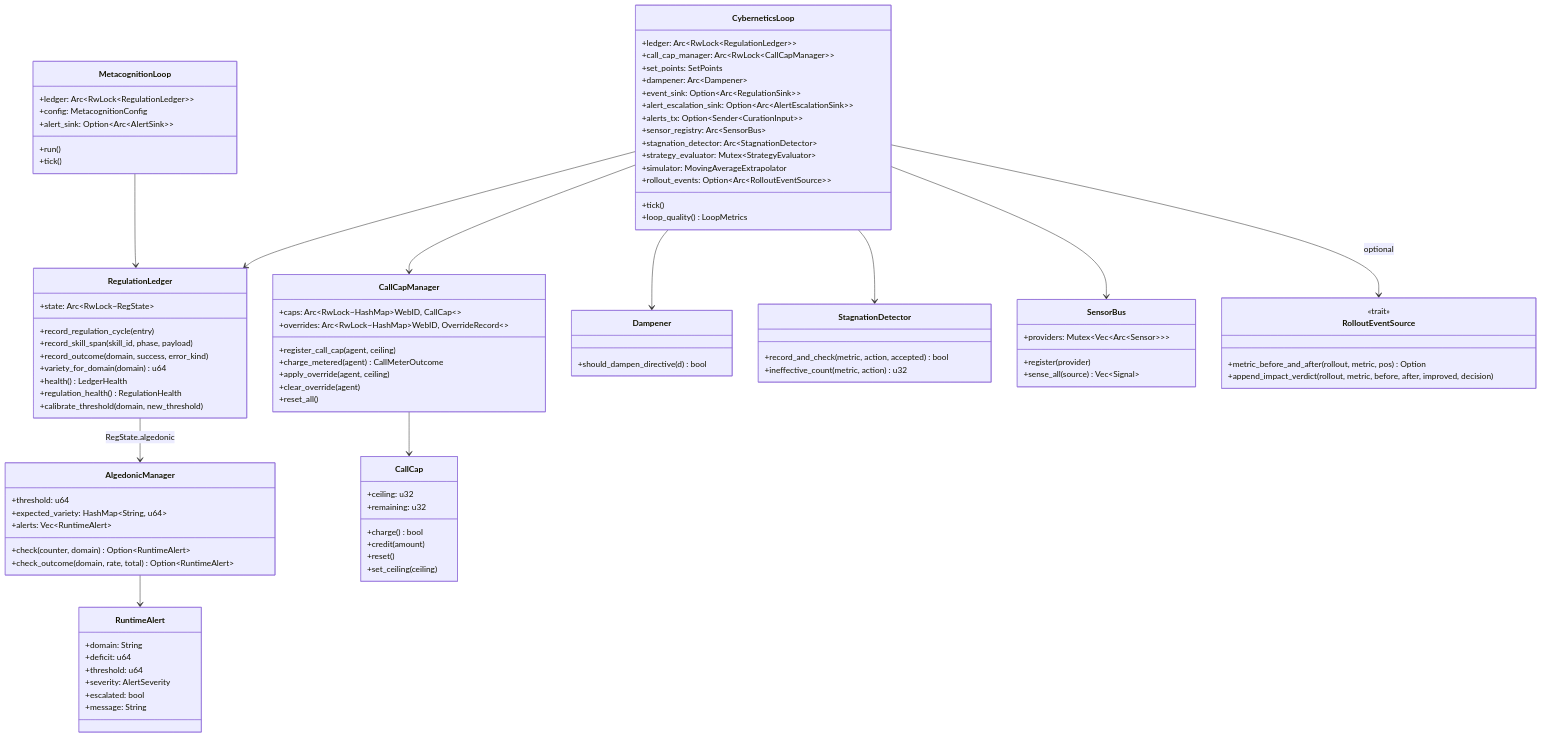
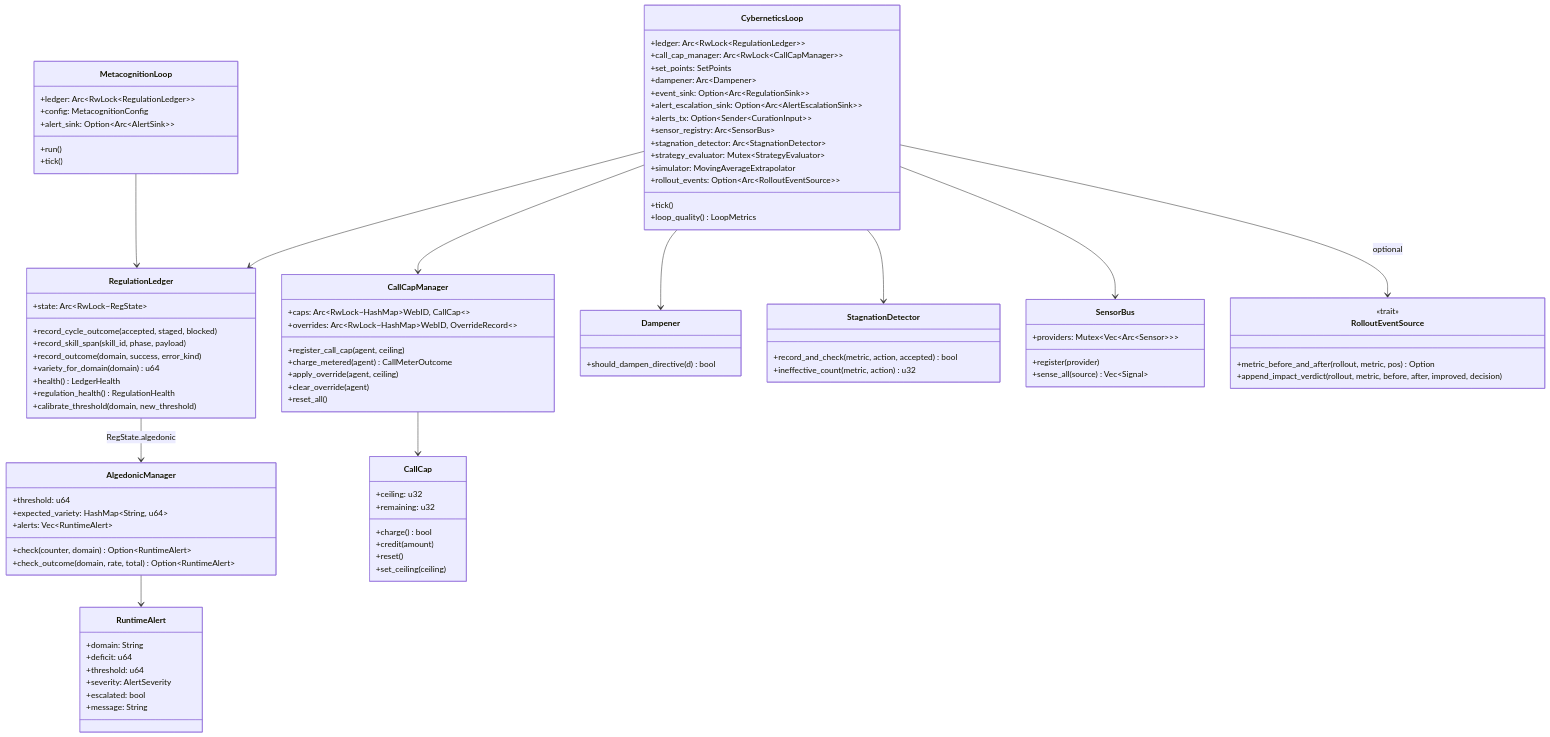
The first of 2 diagrams in kask/docs/diataxis/hkask-regulation/reference.md (mdz-axo/zed-kask), drawn with Mermaid before and after one commit. The commit also changed other lines of this file and 13 other files, not shown here.

```diff
--- a/kask/docs/diataxis/hkask-regulation/reference.md
+++ b/kask/docs/diataxis/hkask-regulation/reference.md
@@ -136,7 +136,7 @@
     }
     class RegulationLedger {
         +state: Arc~RwLock~RegState~
-        +record_regulation_cycle(entry)
+        +record_cycle_outcome(accepted, staged, blocked)
         +record_skill_span(skill_id, phase, payload)
         +record_outcome(domain, success, error_kind)
         +variety_for_domain(domain) u64
```
